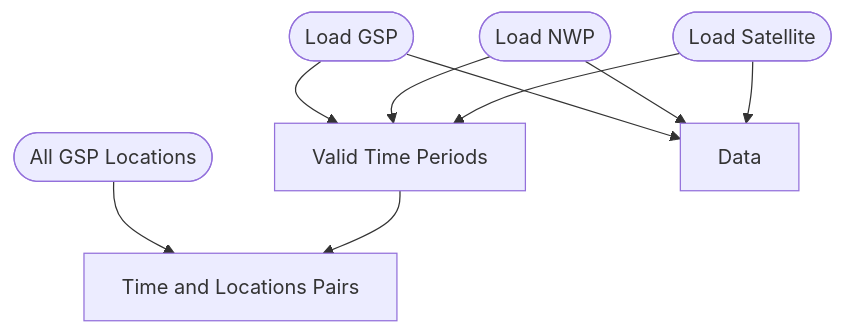
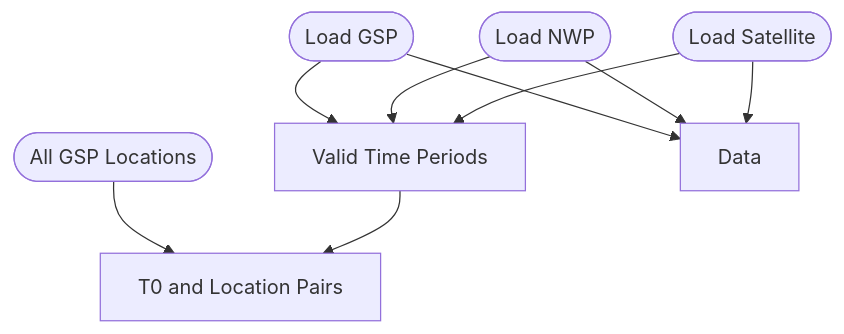
One commit to openclimatefix/ocf-data-sampler changed the first of 2 diagrams in ocf_data_sampler/torch_datasets/Readme.md. Above: the diagram before and after it, drawn with Mermaid. The commit also changed other lines of this file, not shown here.

````diff
--- a/ocf_data_sampler/torch_datasets/Readme.md
+++ b/ocf_data_sampler/torch_datasets/Readme.md
@@ -15,16 +15,16 @@
 ```mermaid
 graph TD
     A1([Load GSP])
     A2([Load NWP])
     A3([Load Satellite])
     D0([All GSP Locations])
     A1 --> D1
     A2 --> D1
     A3 --> D1
     D0 --> D2
     A1 --> D3
     A2 --> D3
     A3 --> D3
-    D1[Valid Time Periods] --> D2[Time and Locations Pairs]
+    D1[Valid Time Periods] --> D2[T0 and Location Pairs]
     D3[Data]
 ```
````
